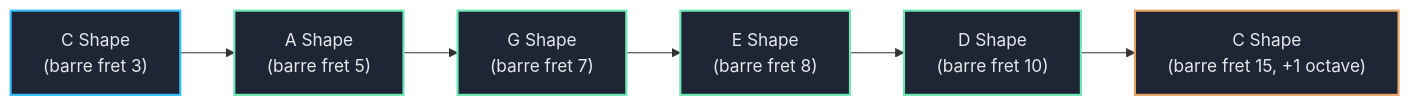
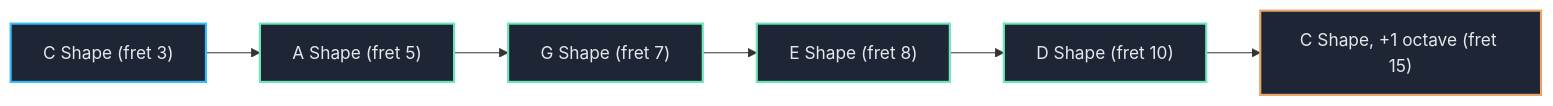
Before and after one commit to blebleblee/synapse: the second of 4 diagrams in topics/arts/music_performance/strings/lesson_02_music_theory_for_strings.md, drawn with Mermaid. The commit also changed other lines of this file and 4 other files, not shown here.

````diff
--- a/topics/arts/music_performance/strings/lesson_02_music_theory_for_strings.md
+++ b/topics/arts/music_performance/strings/lesson_02_music_theory_for_strings.md
@@ -280,15 +256,15 @@
 ```mermaid
 flowchart LR
-    A["C Shape\n(barre fret 3)"] --> B["A Shape\n(barre fret 5)"]
-    B --> C["G Shape\n(barre fret 7)"]
-    C --> D["E Shape\n(barre fret 8)"]
-    D --> E["D Shape\n(barre fret 10)"]
-    E --> F["C Shape\n(barre fret 15, +1 octave)"]
-    
-    style A fill:#1E2636,stroke:#38BDF8,stroke-width:2px,color:#E5E7EB
-    style B fill:#1E2636,stroke:#6EE7B7,stroke-width:2px,color:#E5E7EB
-    style C fill:#1E2636,stroke:#6EE7B7,stroke-width:2px,color:#E5E7EB
-    style D fill:#1E2636,stroke:#6EE7B7,stroke-width:2px,color:#E5E7EB
-    style E fill:#1E2636,stroke:#6EE7B7,stroke-width:2px,color:#E5E7EB
-    style F fill:#1E2636,stroke:#E9A568,stroke-width:2px,color:#E5E7EB
+    sub_c["C Shape (fret 3)"] --> sub_a["A Shape (fret 5)"]
+    sub_a --> sub_g["G Shape (fret 7)"]
+    sub_g --> sub_e["E Shape (fret 8)"]
+    sub_e --> sub_d["D Shape (fret 10)"]
+    sub_d --> sub_c2["C Shape, +1 octave (fret 15)"]
+
+    style sub_c fill:#1E2636,stroke:#38BDF8,stroke-width:2px,color:#E5E7EB
+    style sub_a fill:#1E2636,stroke:#6EE7B7,stroke-width:2px,color:#E5E7EB
+    style sub_g fill:#1E2636,stroke:#6EE7B7,stroke-width:2px,color:#E5E7EB
+    style sub_e fill:#1E2636,stroke:#6EE7B7,stroke-width:2px,color:#E5E7EB
+    style sub_d fill:#1E2636,stroke:#6EE7B7,stroke-width:2px,color:#E5E7EB
+    style sub_c2 fill:#1E2636,stroke:#E9A568,stroke-width:2px,color:#E5E7EB
 ```
````
